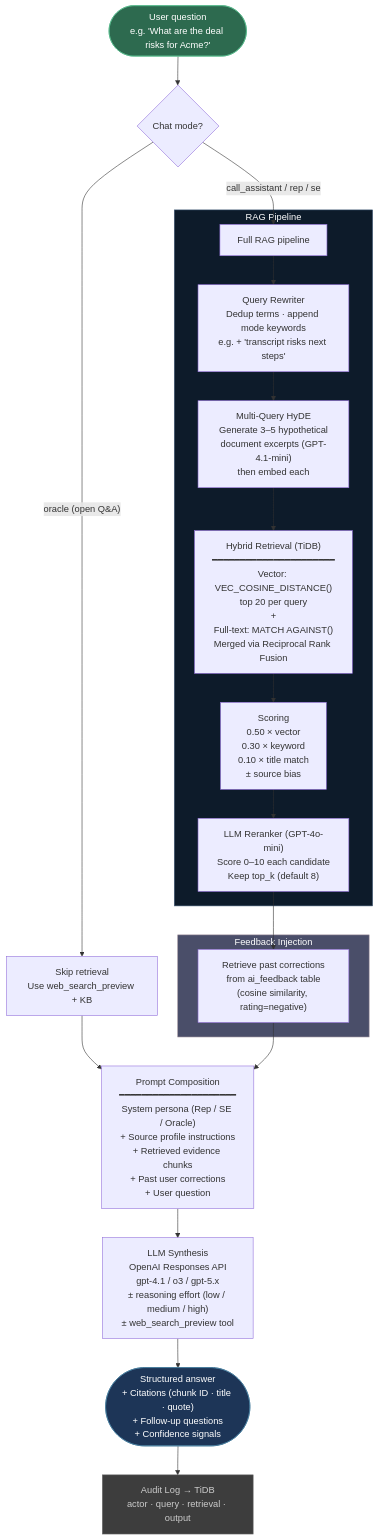
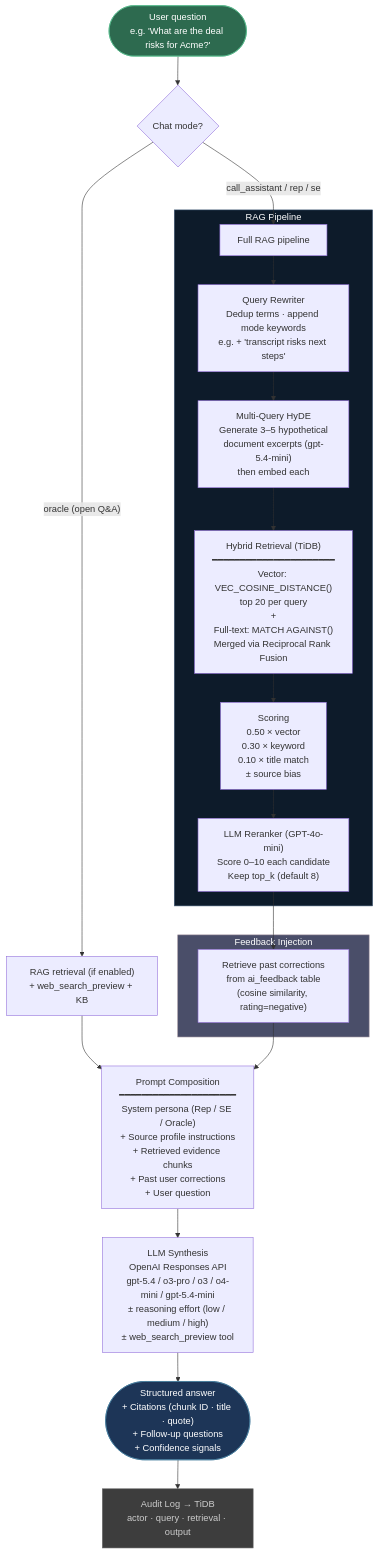
The second of 11 diagrams in README.md (stephenlthorn/gtm-copilot-oss), drawn with Mermaid before and after one commit. The commit also changed other lines of this file, not shown here.

First line of the commit message:
docs: update README - remove Firecrawl, fix oracle mode, update model names

````diff
--- a/README.md
+++ b/README.md
@@ -91,40 +90,40 @@
 ```mermaid
 flowchart TB
     Q(["User question\ne.g. 'What are the deal risks for Acme?'"])
 
     Q --> MODE{Chat mode?}
 
-    MODE -->|"oracle (open Q&A)"| ORACLE_PATH["Skip retrieval\nUse web_search_preview + KB"]
+    MODE -->|"oracle (open Q&A)"| ORACLE_PATH["RAG retrieval (if enabled)\n+ web_search_preview + KB"]
     MODE -->|"call_assistant / rep / se"| RAG_PATH["Full RAG pipeline"]
 
     subgraph rag["RAG Pipeline"]
         RAG_PATH --> REWRITE["Query Rewriter\nDedup terms · append mode keywords\ne.g. + 'transcript risks next steps'"]
 
-        REWRITE --> MULTI["Multi-Query HyDE\nGenerate 3–5 hypothetical\ndocument excerpts (GPT-4.1-mini)\nthen embed each"]
+        REWRITE --> MULTI["Multi-Query HyDE\nGenerate 3–5 hypothetical\ndocument excerpts (gpt-5.4-mini)\nthen embed each"]
 
         MULTI --> HYBRID["Hybrid Retrieval (TiDB)\n━━━━━━━━━━━━━━━━━━━━━━\nVector: VEC_COSINE_DISTANCE()\ntop 20 per query\n+\nFull-text: MATCH AGAINST()\nMerged via Reciprocal Rank Fusion"]
 
         HYBRID --> SCORE["Scoring\n0.50 × vector\n0.30 × keyword\n0.10 × title match\n± source bias"]
 
         SCORE --> RERANK["LLM Reranker (GPT-4o-mini)\nScore 0–10 each candidate\nKeep top_k (default 8)"]
     end
 
     subgraph feedback_ctx["Feedback Injection"]
         RERANK --> FB["Retrieve past corrections\nfrom ai_feedback table\n(cosine similarity, rating=negative)"]
     end
 
     ORACLE_PATH --> COMPOSE
     FB --> COMPOSE["Prompt Composition\n━━━━━━━━━━━━━━━━━━━━━\nSystem persona (Rep / SE / Oracle)\n+ Source profile instructions\n+ Retrieved evidence chunks\n+ Past user corrections\n+ User question"]
 
-    COMPOSE --> LLM["LLM Synthesis\nOpenAI Responses API\ngpt-4.1 / o3 / gpt-5.x\n± reasoning effort (low / medium / high)\n± web_search_preview tool"]
+    COMPOSE --> LLM["LLM Synthesis\nOpenAI Responses API\ngpt-5.4 / o3-pro / o3 / o4-mini / gpt-5.4-mini\n± reasoning effort (low / medium / high)\n± web_search_preview tool"]
 
     LLM --> ANS(["Structured answer\n+ Citations (chunk ID · title · quote)\n+ Follow-up questions\n+ Confidence signals"])
 
     ANS --> AUDIT["Audit Log → TiDB\nactor · query · retrieval · output"]
 
     style Q fill:#2d6a4f,stroke:#52b788,color:#fff
     style ANS fill:#1d3557,stroke:#457b9d,color:#fff
     style rag fill:#0d1b2a,stroke:#415a77,color:#fff
     style feedback_ctx fill:#4a4e69,stroke:#9a8c98,color:#fff
     style AUDIT fill:#3d3d3d,stroke:#666,color:#ccc
 ```
````
